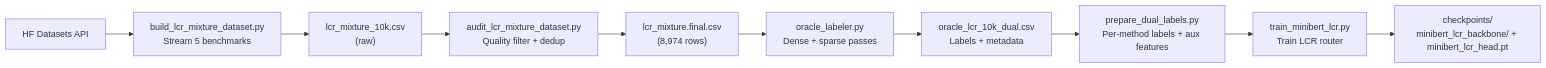
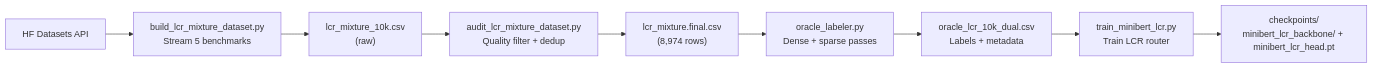
The seventh of 7 diagrams in README.md (asief-iqbal/Thesis), drawn with Mermaid before and after one commit. The commit also changed other lines of this file and 4 other files, not shown here.

````diff
--- a/README.md
+++ b/README.md
@@ -439,12 +439,11 @@
 ```mermaid
 flowchart LR
     A["HF Datasets API"] --> B["build_lcr_mixture_dataset.py<br/>Stream 5 benchmarks"]
     B --> C["lcr_mixture_10k.csv<br/>(raw)"]
     C --> D["audit_lcr_mixture_dataset.py<br/>Quality filter + dedup"]
     D --> E["lcr_mixture.final.csv<br/>(8,974 rows)"]
     E --> F["oracle_labeler.py<br/>Dense + sparse passes"]
     F --> G["oracle_lcr_10k_dual.csv<br/>Labels + metadata"]
-    G --> H["prepare_dual_labels.py<br/>Per-method labels + aux features"]
-    H --> I["train_minibert_lcr.py<br/>Train LCR router"]
-    I --> J["checkpoints/<br/>minibert_lcr_backbone/ + minibert_lcr_head.pt"]
+    G --> H["train_minibert_lcr.py<br/>Train LCR router"]
+    H --> I["checkpoints/<br/>minibert_lcr_backbone/ + minibert_lcr_head.pt"]
 ```
````
